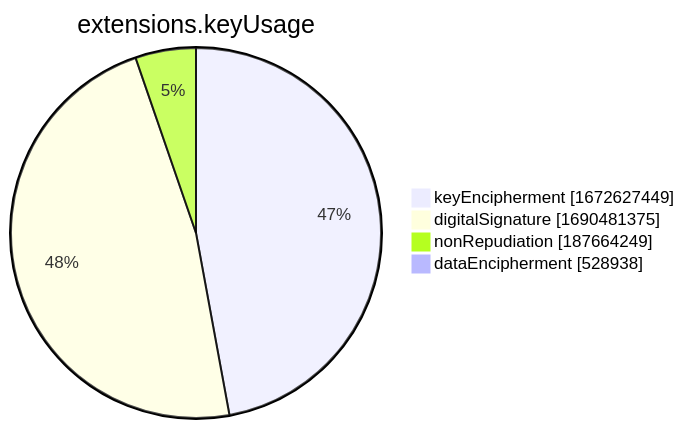
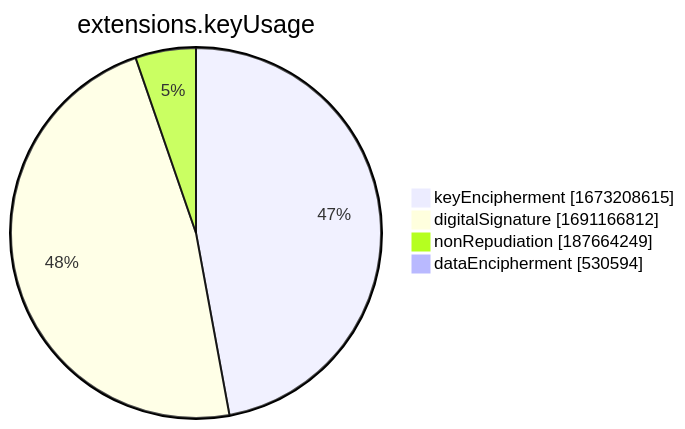
The seventh of 15 diagrams in xenon2022/README.md (christiankrug/ctmonitor_visualization), drawn with Mermaid before and after one commit. The commit also changed other lines of this file, not shown here.

````diff
--- a/xenon2022/README.md
+++ b/xenon2022/README.md
@@ -2857,8 +2857,8 @@
 ```mermaid
 pie showData
 title extensions.keyUsage
-"keyEncipherment" :1672627449
-"digitalSignature" :1690481375
+"keyEncipherment" :1673208615
+"digitalSignature" :1691166812
 "nonRepudiation" :187664249
-"dataEncipherment" :528938
+"dataEncipherment" :530594
 ```
````
